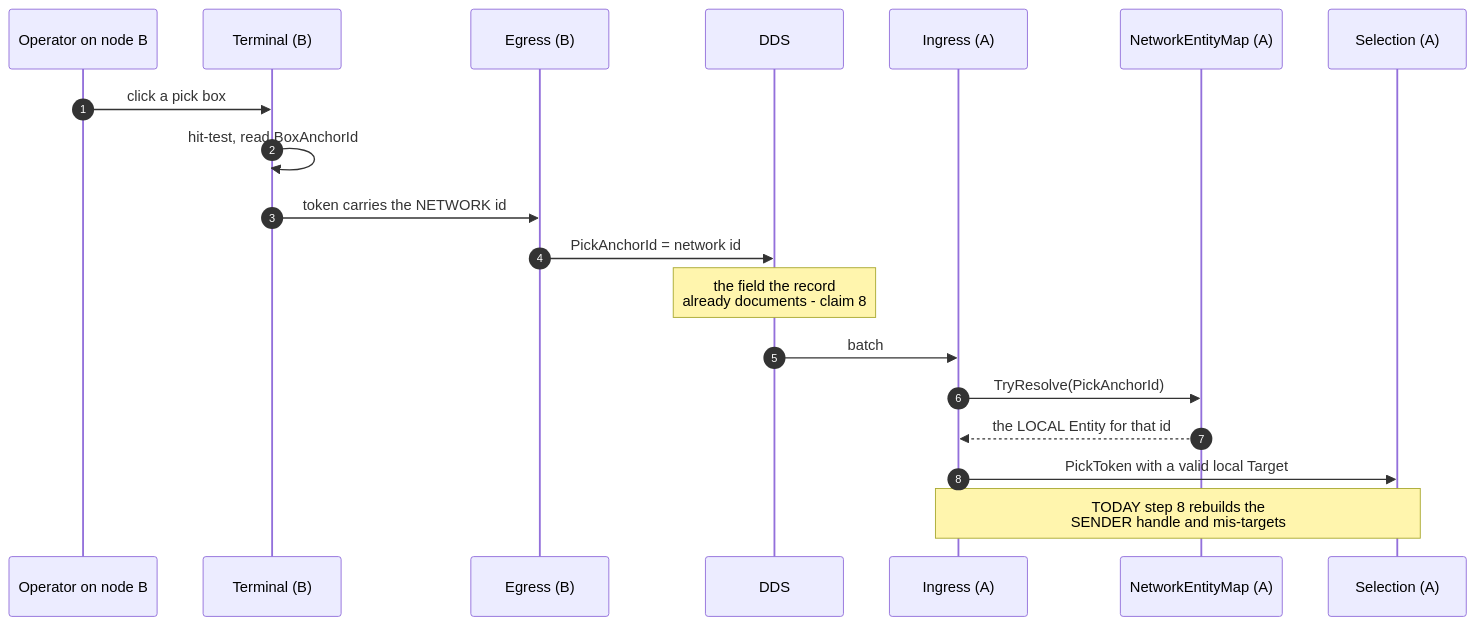
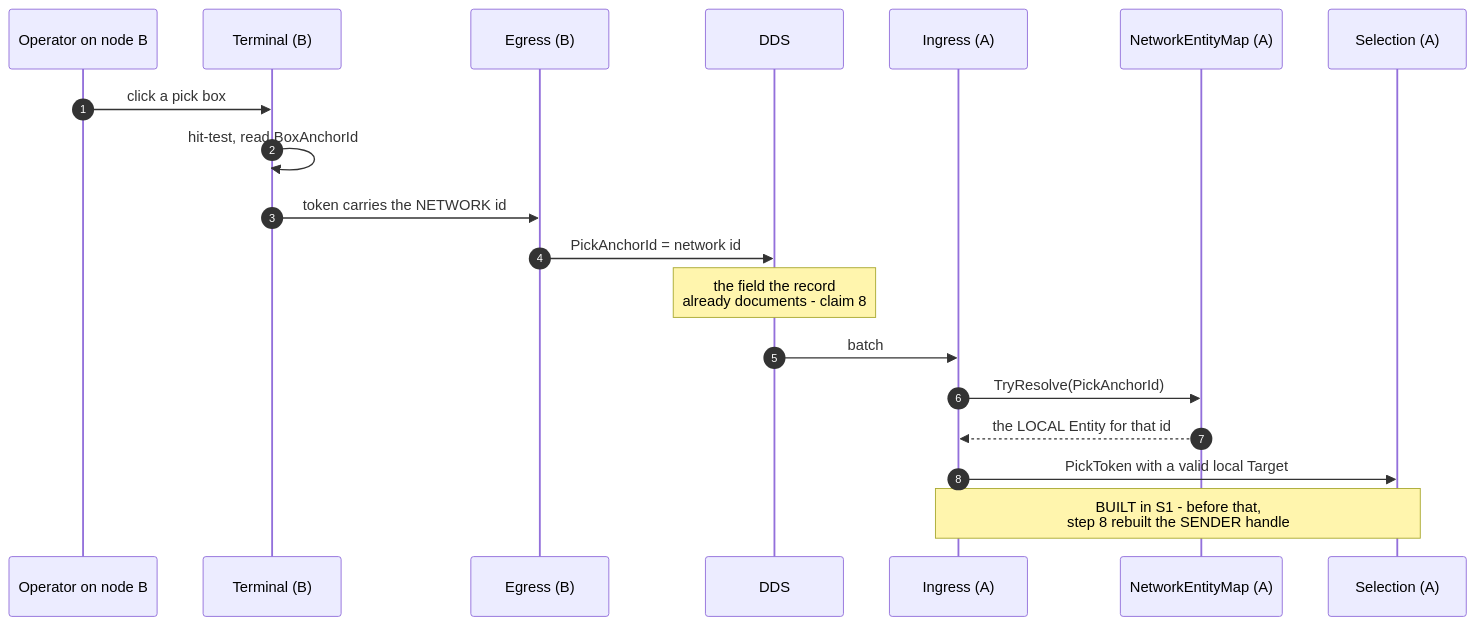
The third of 3 diagrams in docs/DESIGN_Gizmo_Anchor_Identity.md (pjanec/HROT), drawn with Mermaid before and after one commit. The commit also changed other lines of this file and 2 other files, not shown here.

First line of the commit message:
docs: fold the anchor-identity AS-BUILT back into its design; file CE-259z/aa

````diff
--- a/docs/DESIGN_Gizmo_Anchor_Identity.md
+++ b/docs/DESIGN_Gizmo_Anchor_Identity.md
@@ -217,22 +228,22 @@
 ```mermaid
 sequenceDiagram
     autonumber
     participant OpB as Operator on node B
     participant TermB as Terminal (B)
     participant EgB as Egress (B)
     participant DDS as DDS
     participant InA as Ingress (A)
     participant ResA as NetworkEntityMap (A)
     participant SelA as Selection (A)
 
     OpB->>TermB: click a pick box
     TermB->>TermB: hit-test, read BoxAnchorId
     TermB->>EgB: token carries the NETWORK id
     EgB->>DDS: PickAnchorId = network id
     Note over DDS: the field the record<br/>already documents - claim 8
     DDS->>InA: batch
     InA->>ResA: TryResolve(PickAnchorId)
     ResA-->>InA: the LOCAL Entity for that id
     InA->>SelA: PickToken with a valid local Target
-    Note over InA,SelA: TODAY step 8 rebuilds the<br/>SENDER handle and mis-targets
+    Note over InA,SelA: BUILT in S1 - before that,<br/>step 8 rebuilt the SENDER handle
 ```
````
